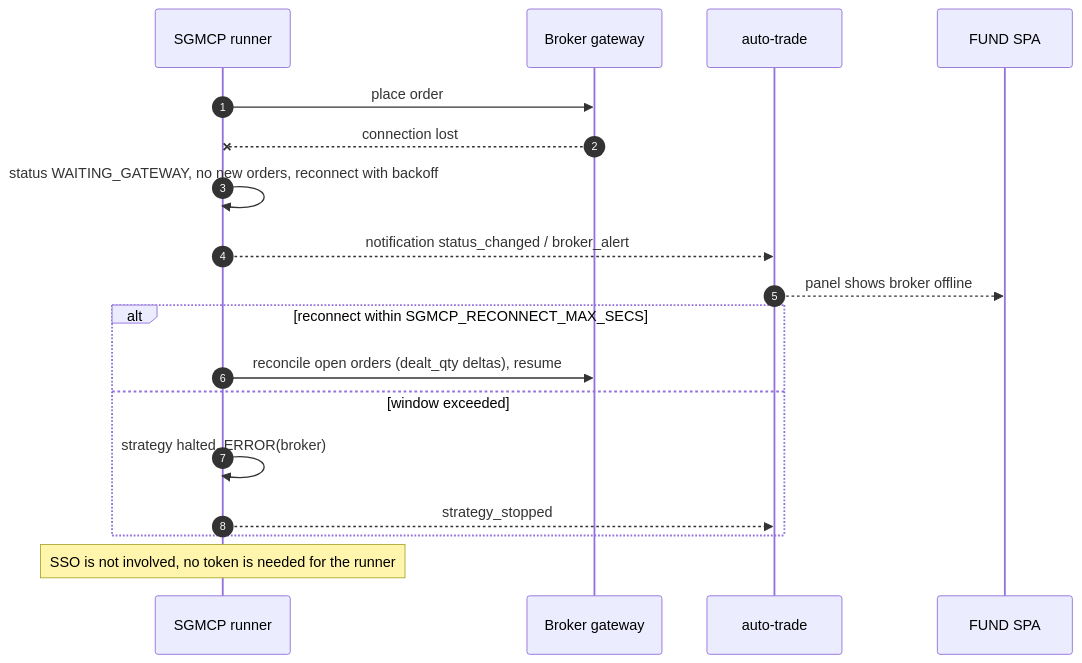
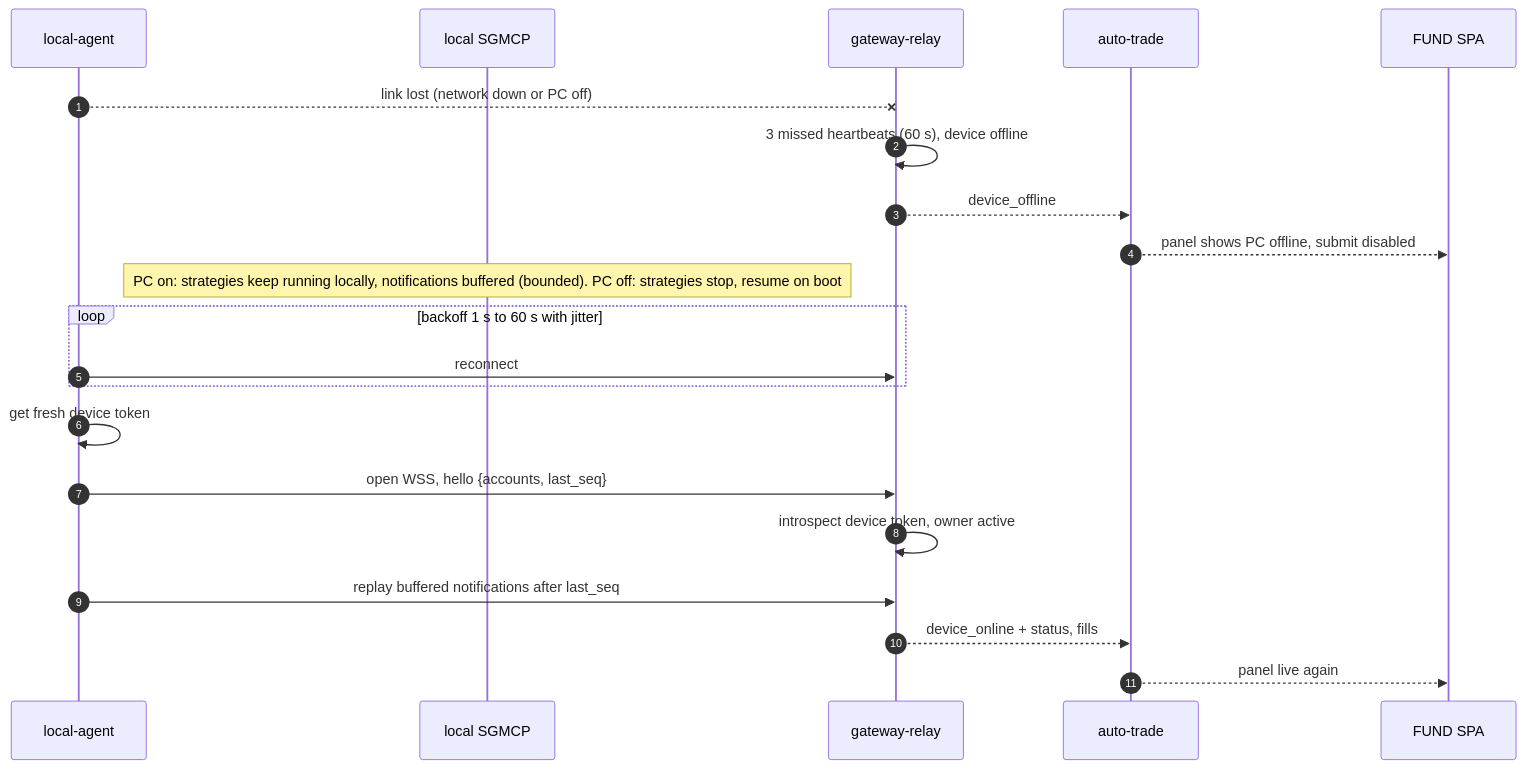
The ninth of 16 diagrams in docs/ECOSYSTEM-INTEGRATION.md (Neural-Matrix-LLC/SSO-server), drawn with Mermaid before and after one commit. The commit also changed other lines of this file and 4 other files, not shown here.

````diff
--- a/docs/ECOSYSTEM-INTEGRATION.md
+++ b/docs/ECOSYSTEM-INTEGRATION.md
@@ -386,20 +468,23 @@
 ```mermaid
 sequenceDiagram
   autonumber
-  participant GW as SGMCP runner
-  participant BR as Broker gateway
+  participant LA as local-agent
+  participant LSG as local SGMCP
+  participant RL as gateway-relay
   participant AT as auto-trade
   participant SPA as FUND SPA
-  GW->>BR: place order
-  BR--xGW: connection lost
-  GW->>GW: status WAITING_GATEWAY, no new orders, reconnect with backoff
-  GW-->>AT: notification status_changed / broker_alert
-  AT-->>SPA: panel shows broker offline
-  alt reconnect within SGMCP_RECONNECT_MAX_SECS
-    GW->>BR: reconcile open orders (dealt_qty deltas), resume
-  else window exceeded
-    GW->>GW: strategy halted, ERROR(broker)
-    GW-->>AT: strategy_stopped
+  LA--xRL: link lost (network down or PC off)
+  RL->>RL: 3 missed heartbeats (60 s), device offline
+  RL-->>AT: device_offline
+  AT-->>SPA: panel shows PC offline, submit disabled
+  Note over LSG: PC on: strategies keep running locally, notifications buffered (bounded). PC off: strategies stop, resume on boot
+  loop backoff 1 s to 60 s with jitter
+    LA->>RL: reconnect
   end
-  Note over GW: SSO is not involved, no token is needed for the runner
+  LA->>LA: get fresh device token
+  LA->>RL: open WSS, hello {accounts, last_seq}
+  RL->>RL: introspect device token, owner active
+  LA->>RL: replay buffered notifications after last_seq
+  RL-->>AT: device_online + status, fills
+  AT-->>SPA: panel live again
 ```
````
